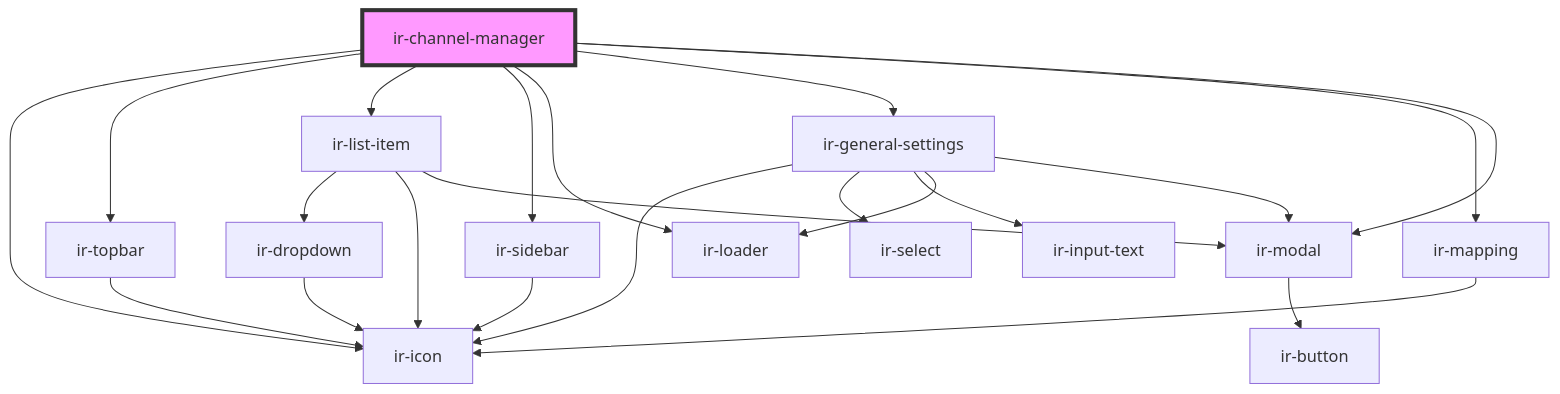
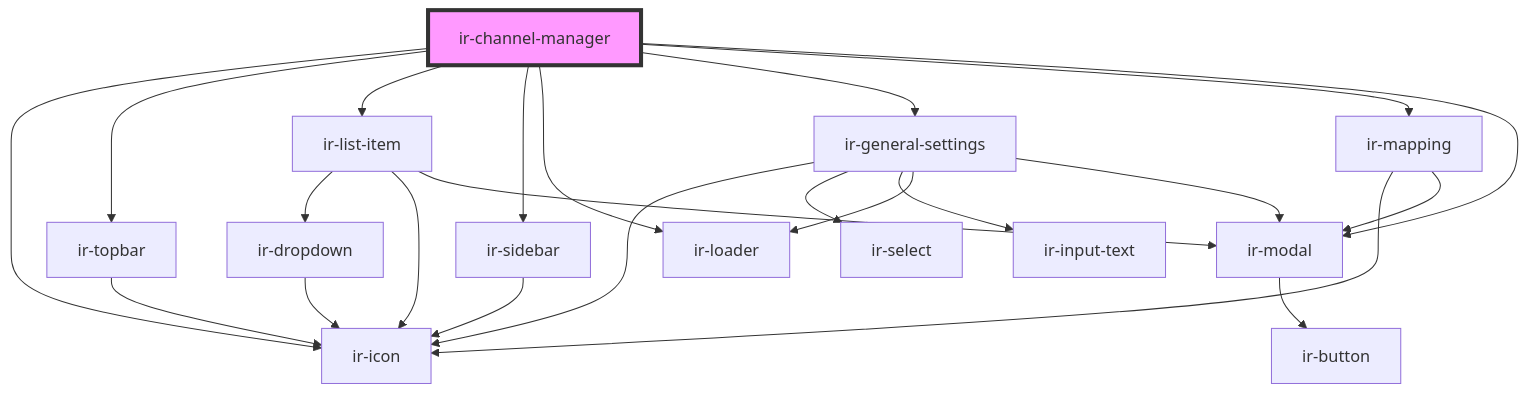
The diagram in src/components/ir-channel/ir-channel-manager/readme.md (freddynasr/ir-webcmp), drawn with Mermaid before and after one commit. The commit also changed 10 other files, not shown here.

````diff
--- a/src/components/ir-channel/ir-channel-manager/readme.md
+++ b/src/components/ir-channel/ir-channel-manager/readme.md
@@ -38,25 +38,26 @@
 ```mermaid
 graph TD;
   ir-channel-manager --> ir-icon
   ir-channel-manager --> ir-topbar
   ir-channel-manager --> ir-list-item
   ir-channel-manager --> ir-sidebar
   ir-channel-manager --> ir-loader
   ir-channel-manager --> ir-general-settings
   ir-channel-manager --> ir-mapping
   ir-channel-manager --> ir-modal
   ir-topbar --> ir-icon
   ir-list-item --> ir-dropdown
   ir-list-item --> ir-icon
   ir-list-item --> ir-modal
   ir-dropdown --> ir-icon
   ir-modal --> ir-button
   ir-sidebar --> ir-icon
   ir-general-settings --> ir-icon
   ir-general-settings --> ir-select
   ir-general-settings --> ir-input-text
   ir-general-settings --> ir-loader
   ir-general-settings --> ir-modal
   ir-mapping --> ir-icon
+  ir-mapping --> ir-modal
   style ir-channel-manager fill:#f9f,stroke:#333,stroke-width:4px
 ```
````
